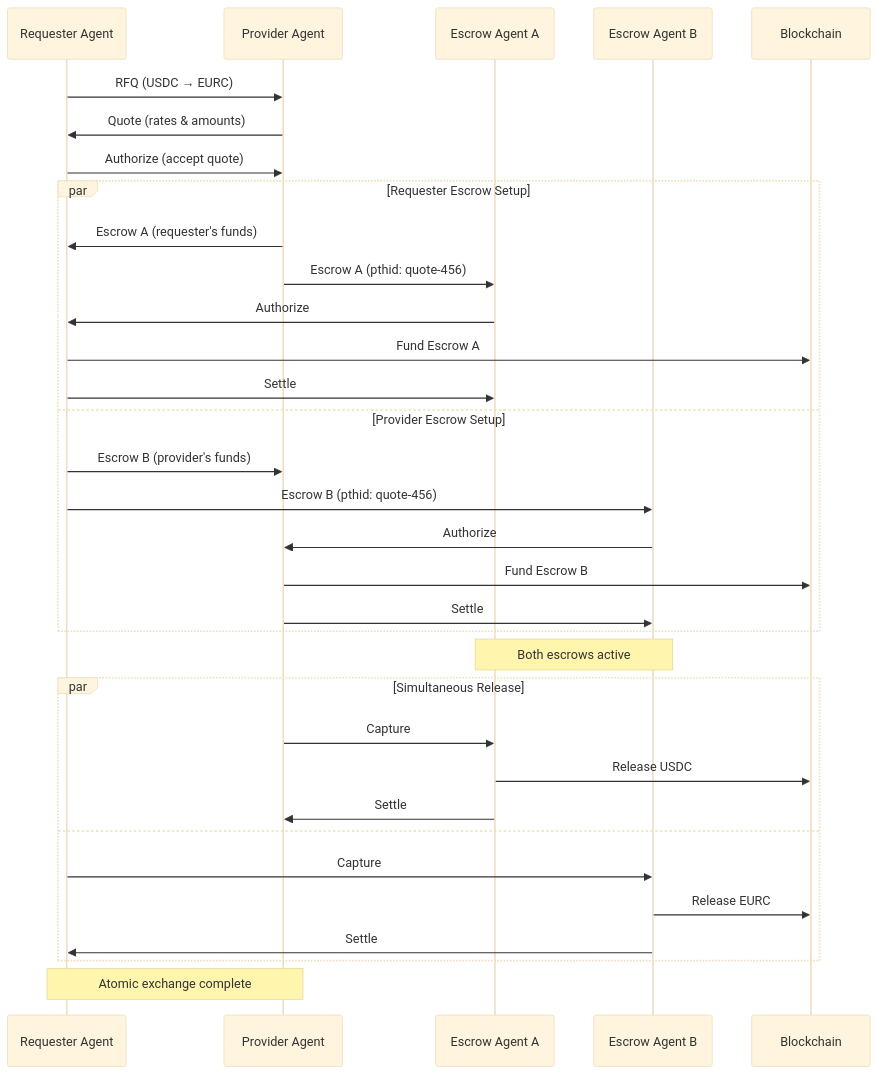
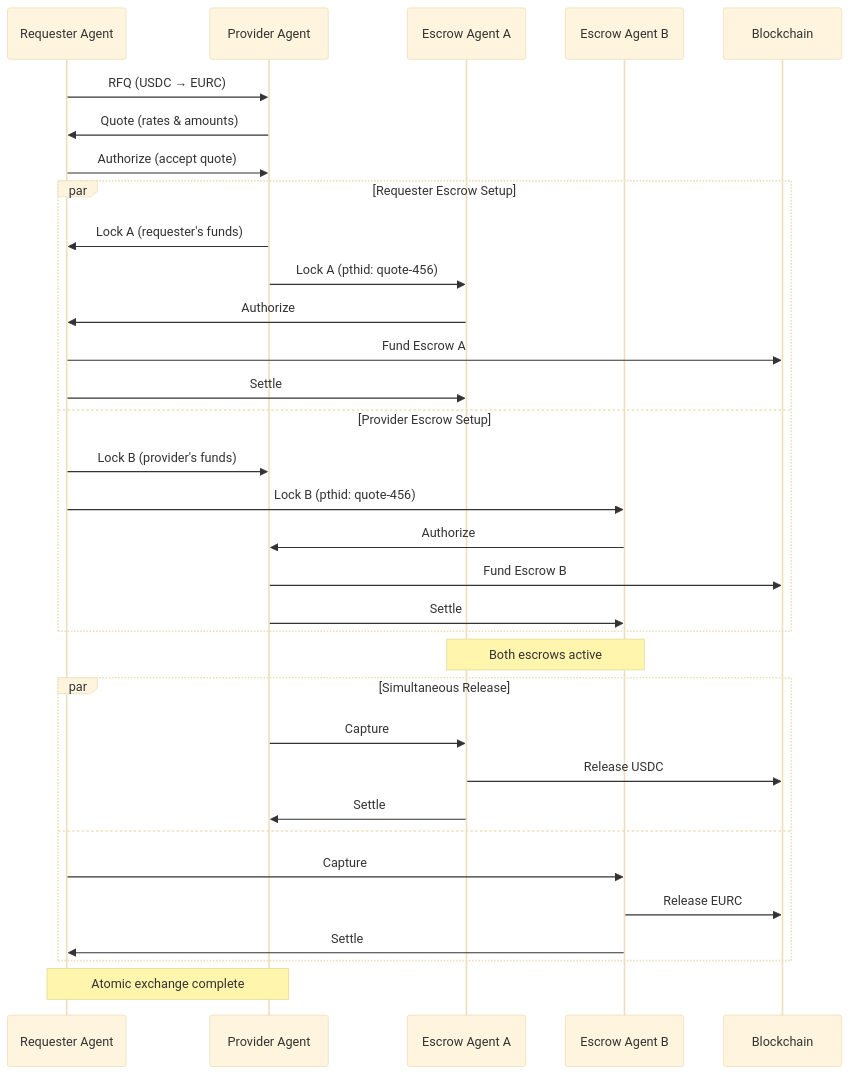
The fourth of 5 diagrams in TAIPs/taip-18.md (TransactionAuthorizationProtocol/TAIPs), drawn with Mermaid (base theme) before and after one commit. The commit also changed other lines of this file and 14 other files, not shown here.

First line of the commit message:
Rename TAIP-17 Escrow message type to Lock

````diff
--- a/TAIPs/taip-18.md
+++ b/TAIPs/taip-18.md
@@ -542,40 +542,40 @@
 ```mermaid
 sequenceDiagram
     participant Requester as Requester Agent
     participant Provider as Provider Agent
     participant EscrowA as Escrow Agent A
     participant EscrowB as Escrow Agent B
     participant Blockchain
 
     Requester->>Provider: RFQ (USDC → EURC)
     Provider->>Requester: Quote (rates & amounts)
     Requester->>Provider: Authorize (accept quote)
 
     par Requester Escrow Setup
-        Provider->>Requester: Escrow A (requester's funds)
-        Provider->>EscrowA: Escrow A (pthid: quote-456)
+        Provider->>Requester: Lock A (requester's funds)
+        Provider->>EscrowA: Lock A (pthid: quote-456)
         EscrowA->>Requester: Authorize
         Requester->>Blockchain: Fund Escrow A
         Requester->>EscrowA: Settle
     and Provider Escrow Setup
-        Requester->>Provider: Escrow B (provider's funds)
-        Requester->>EscrowB: Escrow B (pthid: quote-456)
+        Requester->>Provider: Lock B (provider's funds)
+        Requester->>EscrowB: Lock B (pthid: quote-456)
         EscrowB->>Provider: Authorize
         Provider->>Blockchain: Fund Escrow B
         Provider->>EscrowB: Settle
     end
 
     Note over EscrowA,EscrowB: Both escrows active
 
     par Simultaneous Release
         Provider->>EscrowA: Capture
         EscrowA->>Blockchain: Release USDC
         EscrowA->>Provider: Settle
     and
         Requester->>EscrowB: Capture
         EscrowB->>Blockchain: Release EURC
         EscrowB->>Requester: Settle
     end
 
     Note over Requester,Provider: Atomic exchange complete
 ```
````
